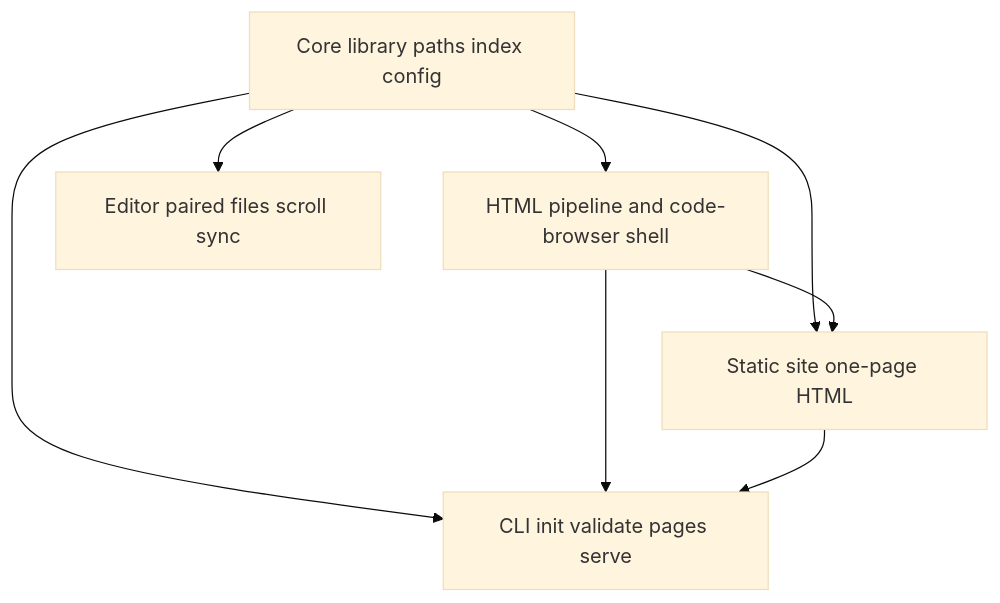
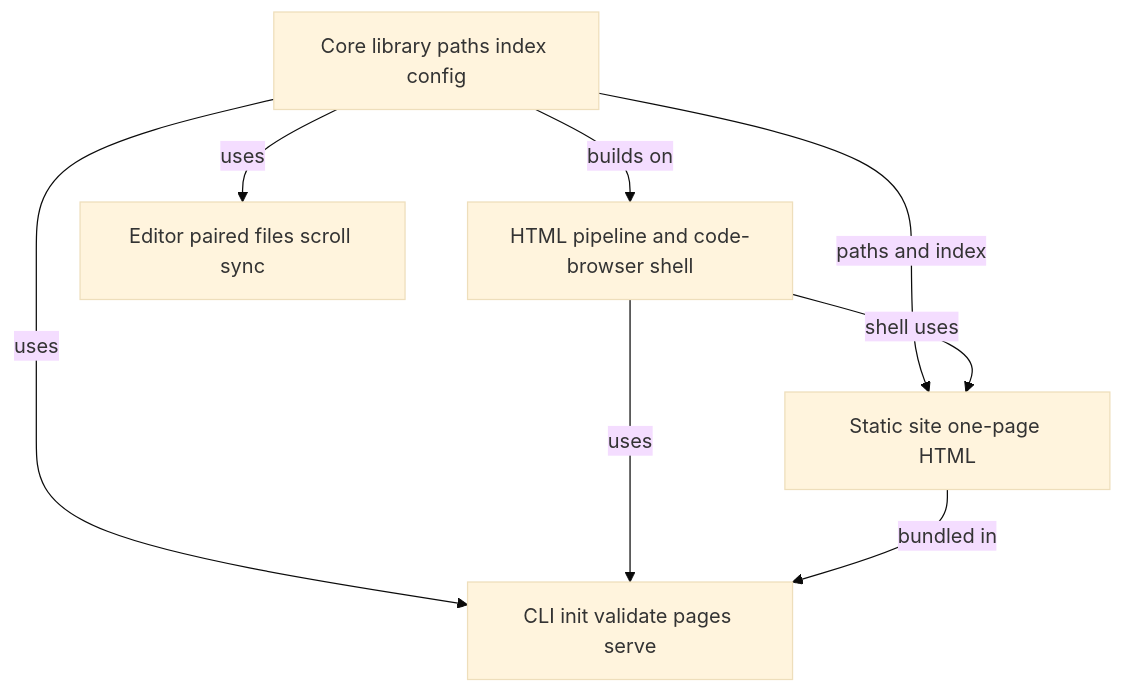
One commit to d-led/commentray changed the diagram in .commentray/source/README.md/main.md. Above: the diagram before and after it, drawn with Mermaid (base theme). The commit also changed 1 other file, not shown here.

Commit message:
Update architecture and main documentation to clarify package dependencies and relationships using Mermaid diagrams. Enhance readability by specifying the nature of connections between core components, render, CLI, and extensions.

````diff
--- a/.commentray/source/README.md/main.md
+++ b/.commentray/source/README.md/main.md
@@ -49,16 +49,16 @@
 ```mermaid
 flowchart TB
   nCore["Core library paths index config"]
   nHtml["HTML pipeline and code-browser shell"]
   nSsg["Static site one-page HTML"]
   nCli["CLI init validate pages serve"]
   nExt["Editor paired files scroll sync"]
 
-  nCore --> nHtml
-  nCore --> nSsg
-  nHtml --> nSsg
-  nCore --> nCli
-  nHtml --> nCli
-  nSsg --> nCli
-  nCore --> nExt
+  nCore -->|builds on| nHtml
+  nCore -->|paths and index| nSsg
+  nHtml -->|shell uses| nSsg
+  nCore -->|uses| nCli
+  nHtml -->|uses| nCli
+  nSsg -->|bundled in| nCli
+  nCore -->|uses| nExt
 ```
````
